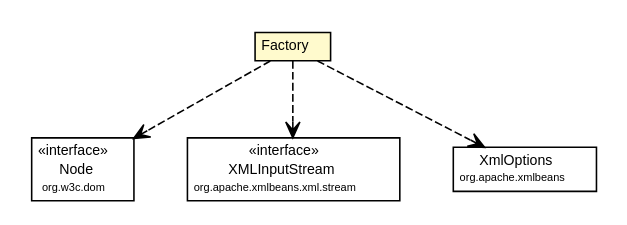
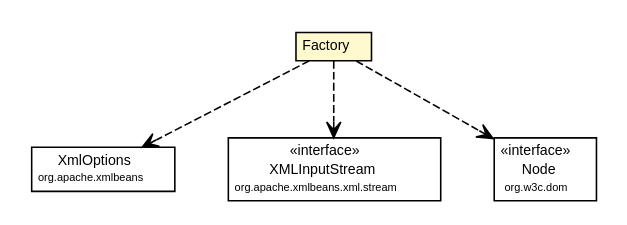
The diagram in site/apidocs/org/synchronoss/cpo/util/cpoUtilConfig/CtCpoUtilConfig.Factory.dot (synchronoss/cpo-util), drawn with Graphviz before and after one commit. The commit also changed 305 other files, not shown here.

Commit message:
Creating site for cpoUtil, 5.1.1-SNAPSHOT

```diff
--- a/site/apidocs/org/synchronoss/cpo/util/cpoUtilConfig/CtCpoUtilConfig.Factory.dot
+++ b/site/apidocs/org/synchronoss/cpo/util/cpoUtilConfig/CtCpoUtilConfig.Factory.dot
@@ -1,45 +1,45 @@
 #!/usr/local/bin/dot
 #
 # Class diagram 
 # Generated by UmlGraph version 4.6 (http://www.spinellis.gr/sw/umlgraph)
 #
 
 digraph G {
 	edge [fontname="Helvetica",fontsize=10,labelfontname="Helvetica",labelfontsize=10];
 	node [fontname="Helvetica",fontsize=10,shape=plaintext];
 	// org.synchronoss.cpo.util.cpoUtilConfig.CtCpoUtilConfig.Factory
 	c5143 [label=<<table border="0" cellborder="1" cellspacing="0" cellpadding="2" port="p" bgcolor="lemonChiffon" href="./CtCpoUtilConfig.Factory.html">
 		<tr><td><table border="0" cellspacing="0" cellpadding="1">
 			<tr><td> Factory </td></tr>
 		</table></td></tr>
 		</table>>, fontname="Helvetica", fontcolor="black", fontsize=9.0];
-	// org.synchronoss.cpo.util.cpoUtilConfig.CtCpoUtilConfig.Factory DEPEND org.w3c.dom.Node
+	// org.synchronoss.cpo.util.cpoUtilConfig.CtCpoUtilConfig.Factory DEPEND org.apache.xmlbeans.XmlOptions
 	c5143:p -> c5154:p [taillabel="", label="", headlabel="", fontname="Helvetica", fontcolor="black", fontsize=10.0, color="black", arrowhead=open, style=dashed];
 	// org.synchronoss.cpo.util.cpoUtilConfig.CtCpoUtilConfig.Factory DEPEND org.apache.xmlbeans.xml.stream.XMLInputStream
 	c5143:p -> c5155:p [taillabel="", label="", headlabel="", fontname="Helvetica", fontcolor="black", fontsize=10.0, color="black", arrowhead=open, style=dashed];
-	// org.synchronoss.cpo.util.cpoUtilConfig.CtCpoUtilConfig.Factory DEPEND org.apache.xmlbeans.XmlOptions
+	// org.synchronoss.cpo.util.cpoUtilConfig.CtCpoUtilConfig.Factory DEPEND org.w3c.dom.Node
 	c5143:p -> c5156:p [taillabel="", label="", headlabel="", fontname="Helvetica", fontcolor="black", fontsize=10.0, color="black", arrowhead=open, style=dashed];
 	// org.apache.xmlbeans.xml.stream.XMLInputStream
 	c5155 [label=<<table border="0" cellborder="1" cellspacing="0" cellpadding="2" port="p" href="http://java.sun.com/j2se/1.4.2/docs/api/org/apache/xmlbeans/xml/stream/XMLInputStream.html">
 		<tr><td><table border="0" cellspacing="0" cellpadding="1">
 			<tr><td> &laquo;interface&raquo; </td></tr>
 			<tr><td> XMLInputStream </td></tr>
 			<tr><td><font point-size="7.0"> org.apache.xmlbeans.xml.stream </font></td></tr>
 		</table></td></tr>
 		</table>>, fontname="Helvetica", fontcolor="black", fontsize=9.0];
 	// org.w3c.dom.Node
-	c5154 [label=<<table border="0" cellborder="1" cellspacing="0" cellpadding="2" port="p" href="http://java.sun.com/j2se/1.4.2/docs/api/org/w3c/dom/Node.html">
+	c5156 [label=<<table border="0" cellborder="1" cellspacing="0" cellpadding="2" port="p" href="http://java.sun.com/j2se/1.4.2/docs/api/org/w3c/dom/Node.html">
 		<tr><td><table border="0" cellspacing="0" cellpadding="1">
 			<tr><td> &laquo;interface&raquo; </td></tr>
 			<tr><td> Node </td></tr>
 			<tr><td><font point-size="7.0"> org.w3c.dom </font></td></tr>
 		</table></td></tr>
 		</table>>, fontname="Helvetica", fontcolor="black", fontsize=9.0];
 	// org.apache.xmlbeans.XmlOptions
-	c5156 [label=<<table border="0" cellborder="1" cellspacing="0" cellpadding="2" port="p" href="http://java.sun.com/j2se/1.4.2/docs/api/org/apache/xmlbeans/XmlOptions.html">
+	c5154 [label=<<table border="0" cellborder="1" cellspacing="0" cellpadding="2" port="p" href="http://java.sun.com/j2se/1.4.2/docs/api/org/apache/xmlbeans/XmlOptions.html">
 		<tr><td><table border="0" cellspacing="0" cellpadding="1">
 			<tr><td> XmlOptions </td></tr>
 			<tr><td><font point-size="7.0"> org.apache.xmlbeans </font></td></tr>
 		</table></td></tr>
 		</table>>, fontname="Helvetica", fontcolor="black", fontsize=9.0];
 }
```
